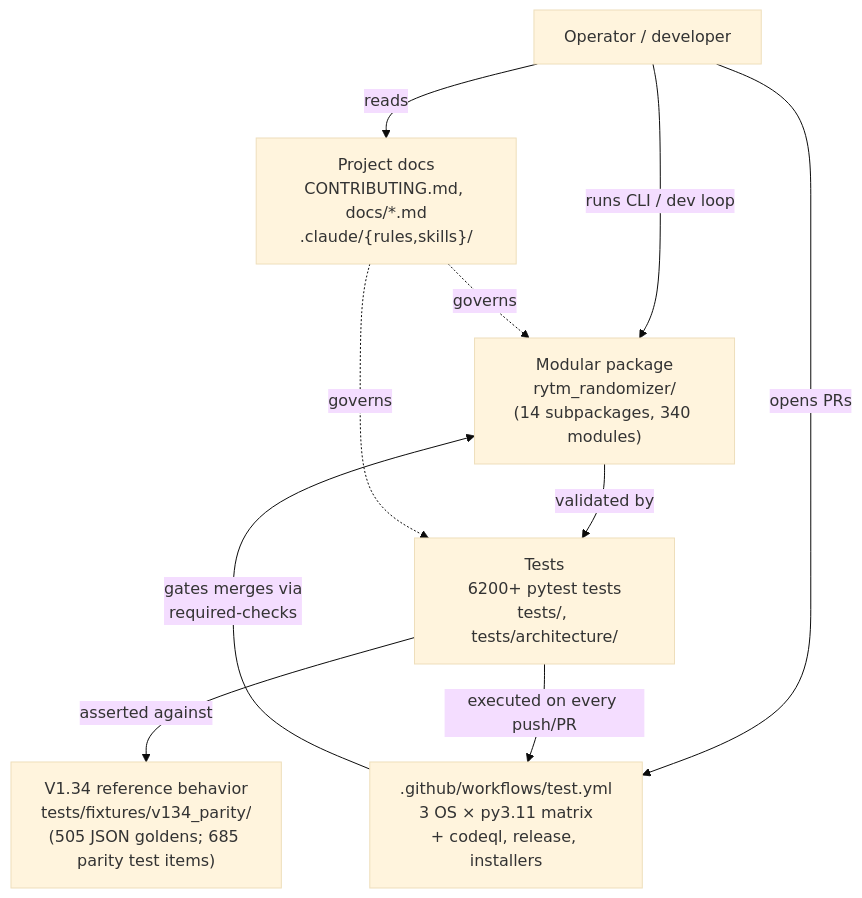
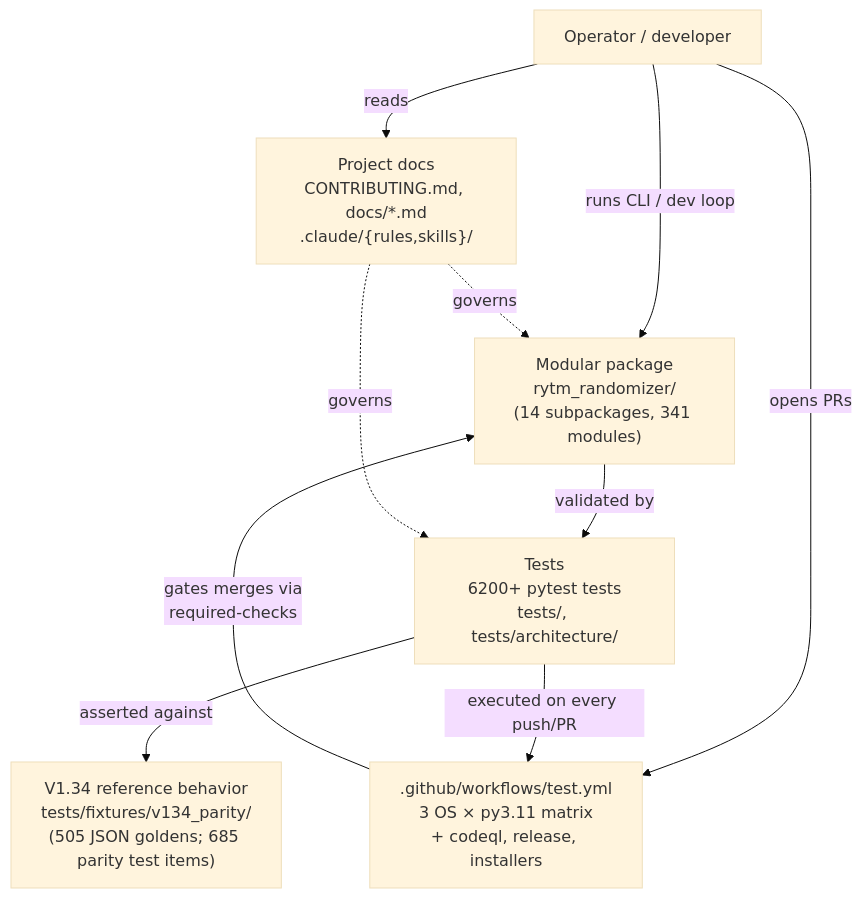
The first of 34 diagrams in docs/ARCHITECTURE_DIAGRAMS.md (buzzijose-hub/RytmRandomizer), drawn with Mermaid (base theme) before and after one commit. The commit also changed other lines of this file and 43 other files, not shown here.

````diff
--- a/docs/ARCHITECTURE_DIAGRAMS.md
+++ b/docs/ARCHITECTURE_DIAGRAMS.md
@@ -50,22 +50,22 @@
 ```mermaid
 flowchart TB
     User["Operator / developer"]
     V134["V1.34 reference behavior<br/>tests/fixtures/v134_parity/<br/>(505 JSON goldens; 685 parity test items)"]
-    Package["Modular package<br/>rytm_randomizer/<br/>(14 subpackages, 340 modules)"]
+    Package["Modular package<br/>rytm_randomizer/<br/>(14 subpackages, 341 modules)"]
     Tests["Tests<br/>6200+ pytest tests<br/>tests/, tests/architecture/"]
     CI[".github/workflows/test.yml<br/>3 OS × py3.11 matrix<br/>+ codeql, release, installers"]
     Docs["Project docs<br/>CONTRIBUTING.md, docs/*.md<br/>.claude/{rules,skills}/"]
 
     User -->|"runs CLI / dev loop"| Package
     User -->|"opens PRs"| CI
     User -->|"reads"| Docs
 
     Package -->|"validated by"| Tests
     Tests -->|"asserted against"| V134
     Tests -->|"executed on every push/PR"| CI
 
     CI -->|"gates merges via<br/>required-checks"| Package
 
     Docs -.->|"governs"| Package
     Docs -.->|"governs"| Tests
 ```
````
